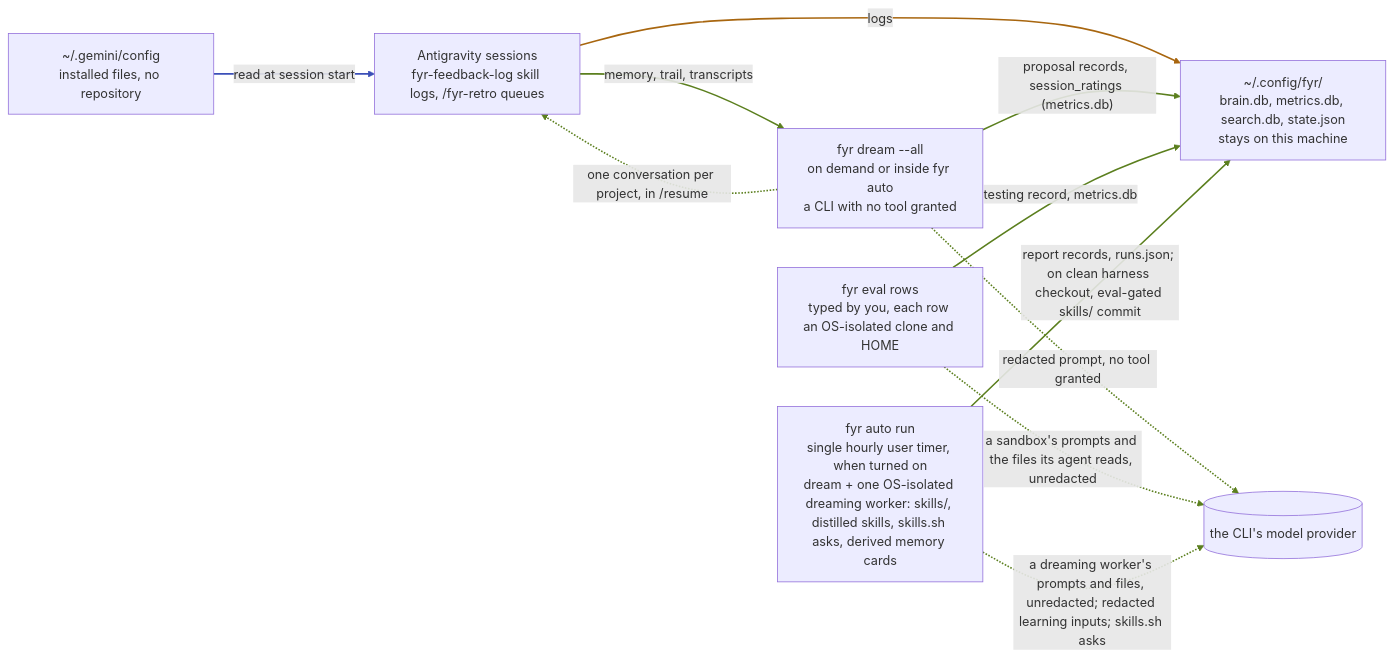
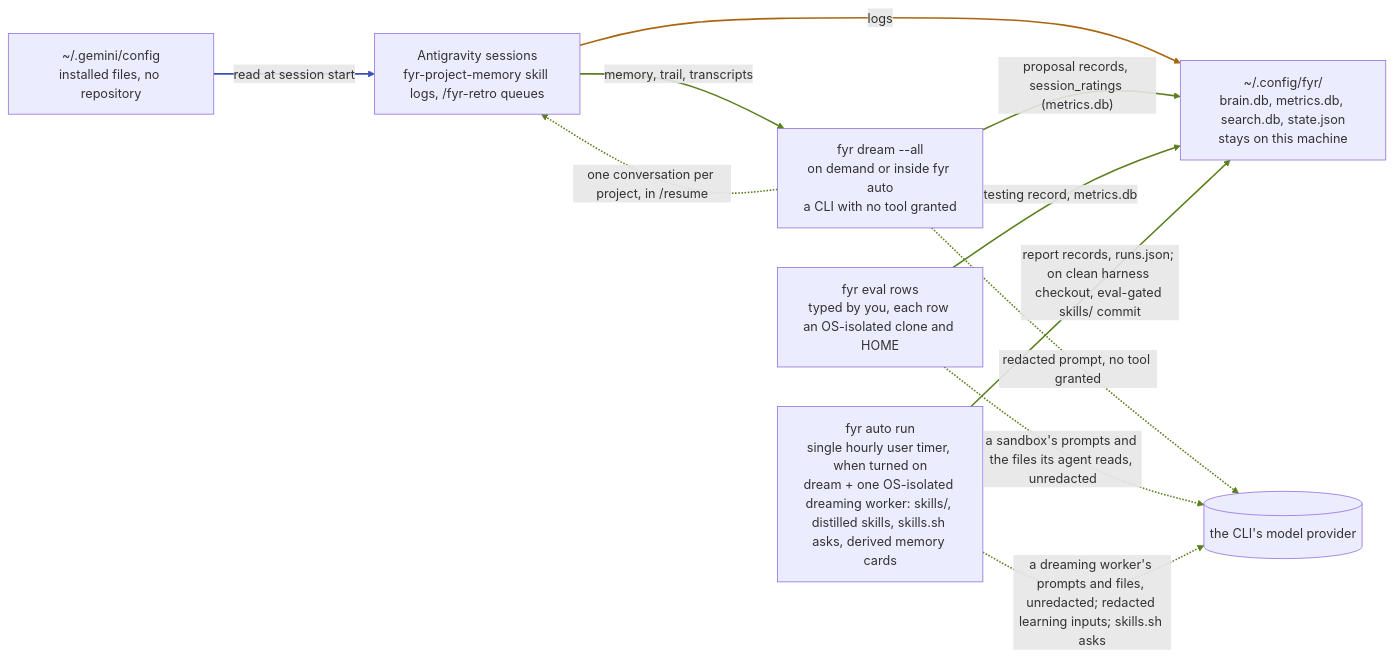
The third of 4 diagrams in README.md (kesokaj/fyr), drawn with Mermaid before and after one commit. The commit also changed other lines of this file and 20 other files, not shown here.

````diff
--- a/README.md
+++ b/README.md
@@ -93,23 +93,23 @@
 ```mermaid
 flowchart LR
     homeFiles["~/.gemini/config\ninstalled files, no repository"]
-    sessions["Antigravity sessions\nfyr-feedback-log skill logs, /fyr-retro queues"]
+    sessions["Antigravity sessions\nfyr-project-memory skill logs, /fyr-retro queues"]
     configDir["~/.config/fyr/\nbrain.db, metrics.db, search.db, state.json\nstays on this machine"]
     dreamer["fyr dream --all\non demand or inside fyr auto\na CLI with no tool granted"]
     evalRun["fyr eval rows\ntyped by you, each row an OS-isolated clone and HOME"]
     autoRun["fyr auto run\nsingle hourly user timer, when turned on\ndream + one OS-isolated dreaming worker: skills/, distilled skills, skills.sh asks, derived memory cards"]
     provider[("the CLI's model provider")]
     homeFiles -- "read at session start" --> sessions
     sessions -- "logs" --> configDir
     sessions -- "memory, trail, transcripts" --> dreamer
     dreamer -- "proposal records, session_ratings (metrics.db)" --> configDir
     dreamer -. "redacted prompt, no tool granted" .-> provider
     dreamer -. "one conversation per project, in /resume" .-> sessions
     evalRun -- "testing record, metrics.db" --> configDir
     evalRun -. "a sandbox's prompts and the files its agent reads, unredacted" .-> provider
     autoRun -- "report records, runs.json; on clean harness checkout, eval-gated skills/ commit" --> configDir
     autoRun -. "a dreaming worker's prompts and files, unredacted; redacted learning inputs; skills.sh asks" .-> provider
     linkStyle 0 stroke:#3B4FB8,stroke-width:2px
     linkStyle 1 stroke:#A8660F,stroke-width:2px
     linkStyle 2,3,4,5,6,7,8,9 stroke:#5B7F1E,stroke-width:2px
 ```
````
